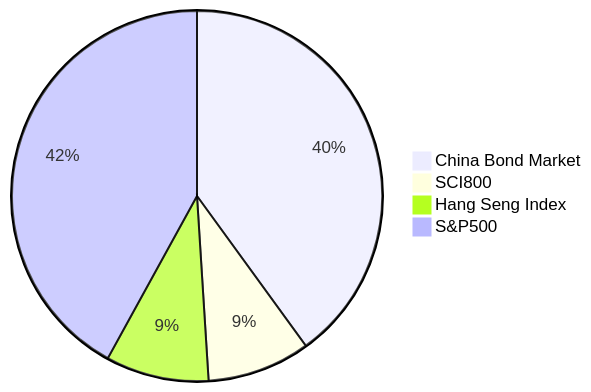
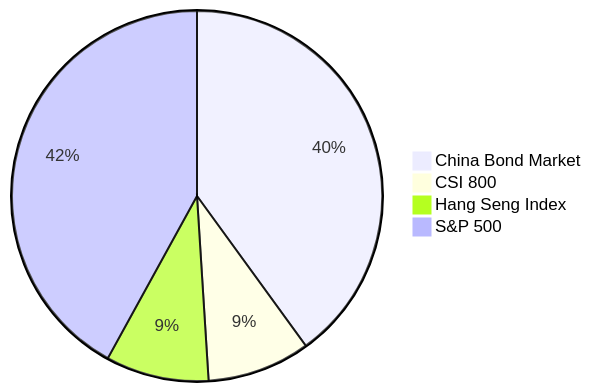
Before and after one commit to low-earth-orbit/notes: the third of 5 diagrams in chinese-couch-potato.md, drawn with Mermaid. The commit also changed other lines of this file, not shown here.

````diff
--- a/chinese-couch-potato.md
+++ b/chinese-couch-potato.md
@@ -113,7 +113,7 @@
 ```mermaid
 pie
 "China Bond Market" : 40
-"SCI800" : 9
+"CSI 800" : 9
 "Hang Seng Index" : 9
-"S&P500" : 42
+"S&P 500" : 42
 ```
````
